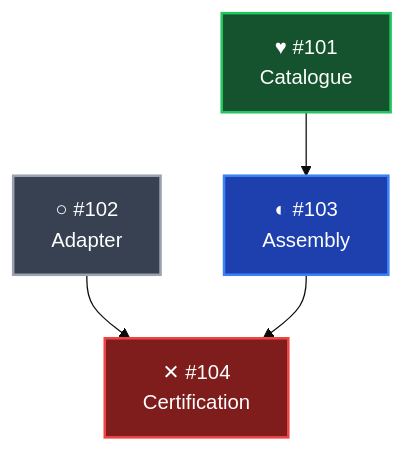
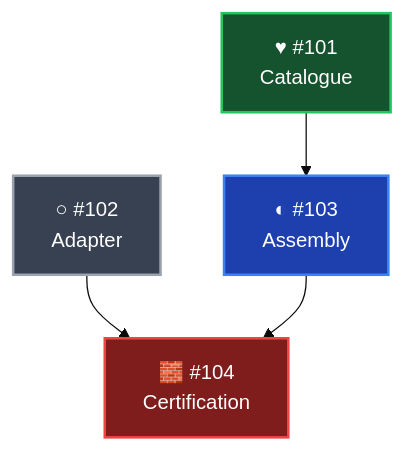
One commit to Ma-XX-oN/RepoWorkflow changed the diagram in WORK_GRAPH_VISUAL_CONVENTIONS.md. Above: the diagram before and after it, drawn with Mermaid (base theme). The commit also changed other lines of this file, not shown here.

Commit message:
docs: use brick emoji for blocked Mermaid tasks

````diff
--- a/WORK_GRAPH_VISUAL_CONVENTIONS.md
+++ b/WORK_GRAPH_VISUAL_CONVENTIONS.md
@@ -69,21 +69,21 @@
 ```mermaid
 flowchart TD
     A["♥ #101<br/>Catalogue"]
     B["○ #102<br/>Adapter"]
     C["◐ #103<br/>Assembly"]
-    D["✕ #104<br/>Certification"]
+    D["🧱 #104<br/>Certification"]
 
     A --> C
     B --> D
     C --> D
 
     classDef done fill:#14532D,stroke:#22C55E,color:#FFFFFF,stroke-width:2px
     classDef active fill:#1E40AF,stroke:#3B82F6,color:#FFFFFF,stroke-width:2px
     classDef blocked fill:#7F1D1D,stroke:#EF4444,color:#FFFFFF,stroke-width:2px
     classDef notstarted fill:#374151,stroke:#9CA3AF,color:#FFFFFF,stroke-width:2px
 
     class A done
     class B notstarted
     class C active
     class D blocked
 ```
````
